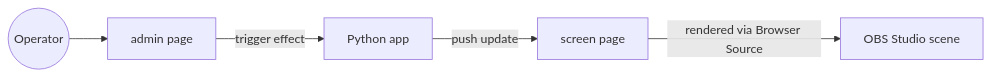
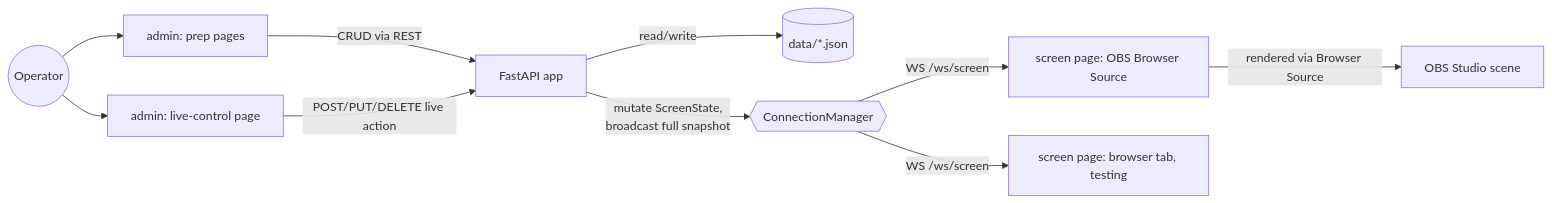
The diagram in docs/architecture.md (andrealorenzani/OBS_useful), drawn with Mermaid before and after one commit. The commit also changed other lines of this file and 74 other files, not shown here.

````diff
--- a/docs/architecture.md
+++ b/docs/architecture.md
@@ -19,7 +130,12 @@
 ```mermaid
 flowchart LR
-    Operator((Operator)) --> Admin[admin page]
-    Admin -- trigger effect --> Server[Python app]
-    Server -- push update --> Screen[screen page]
-    Screen -- rendered via Browser Source --> OBS[OBS Studio scene]
+    Operator((Operator)) --> AdminPrep[admin: prep pages]
+    Operator --> AdminLive[admin: live-control page]
+    AdminPrep -- CRUD via REST --> Server[FastAPI app]
+    AdminLive -- POST/PUT/DELETE live action --> Server
+    Server -- read/write --> Data[(data/*.json)]
+    Server -- mutate ScreenState,\nbroadcast full snapshot --> WS{{ConnectionManager}}
+    WS -- WS /ws/screen --> Screen1[screen page: OBS Browser Source]
+    WS -- WS /ws/screen --> Screen2[screen page: browser tab, testing]
+    Screen1 -- rendered via Browser Source --> OBS[OBS Studio scene]
 ```
````
